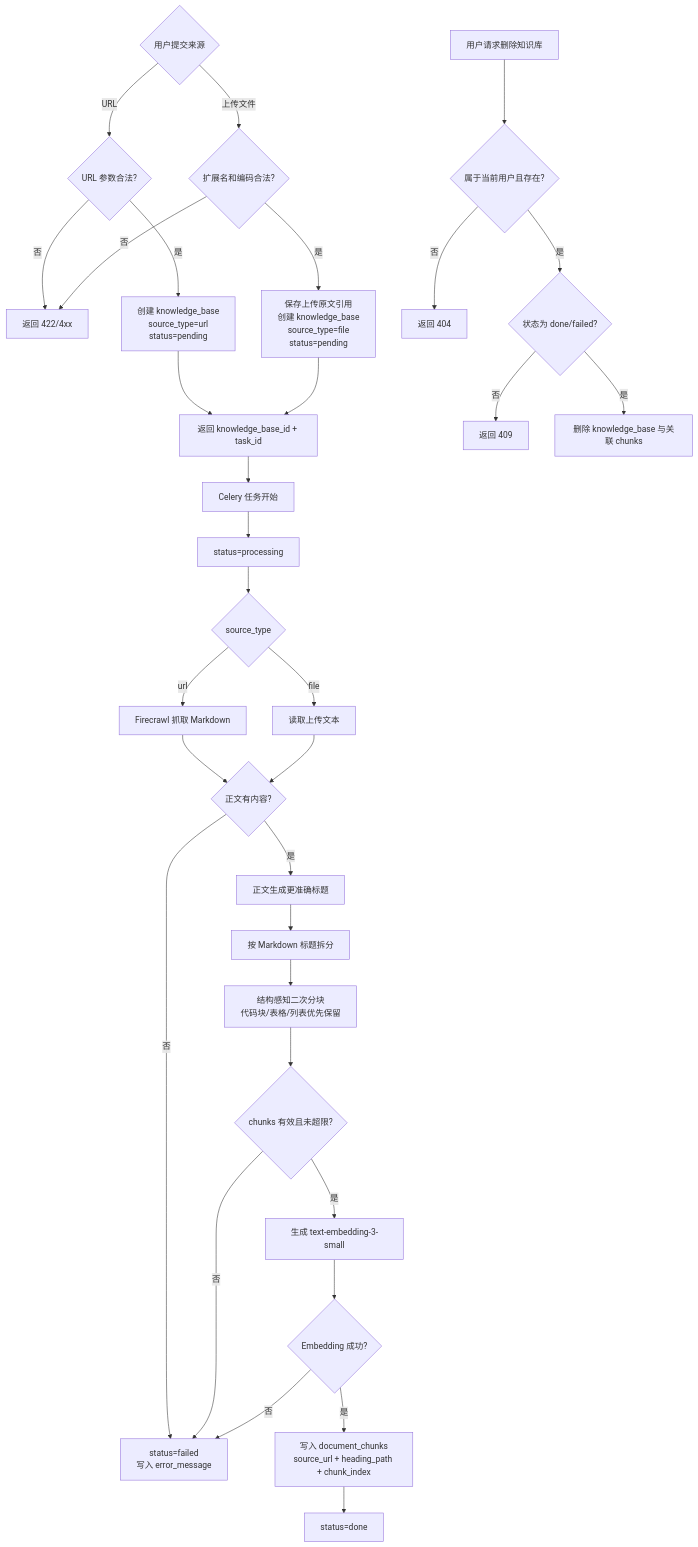
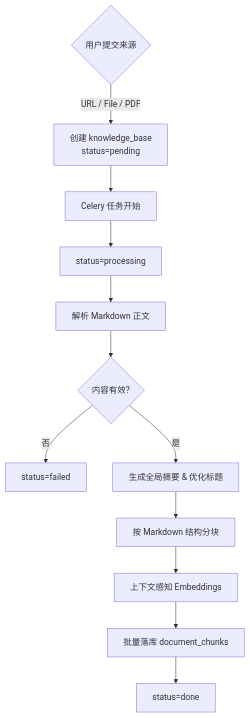
The diagram in spec/backend/knowledge-ingestion.md (ren-meng-xue/offer-copilot), drawn with Mermaid before and after one commit. The commit also changed other lines of this file and 63 other files, not shown here.

````diff
--- a/spec/backend/knowledge-ingestion.md
+++ b/spec/backend/knowledge-ingestion.md
@@ -345,36 +143,15 @@
 ```mermaid
 flowchart TD
   A{用户提交来源}
-  A -->|URL| B{URL 参数合法?}
-  A -->|上传文件| C{扩展名和编码合法?}
-  B -- 否 --> D[返回 422/4xx]
-  B -- 是 --> E[创建 knowledge_base\nsource_type=url\nstatus=pending]
-  C -- 否 --> D
-  C -- 是 --> F[保存上传原文引用\n创建 knowledge_base\nsource_type=file\nstatus=pending]
-  E --> G[返回 knowledge_base_id + task_id]
-  F --> G
-  G --> H[Celery 任务开始]
-  H --> I[status=processing]
-  I --> J{source_type}
-  J -->|url| K[Firecrawl 抓取 Markdown]
-  J -->|file| L[读取上传文本]
-  K --> M{正文有内容?}
-  L --> M
-  M -- 否 --> N[status=failed\n写入 error_message]
-  M -- 是 --> O[正文生成更准确标题]
-  O --> P[按 Markdown 标题拆分]
-  P --> Q[结构感知二次分块\n代码块/表格/列表优先保留]
-  Q --> R{chunks 有效且未超限?}
-  R -- 否 --> N
-  R -- 是 --> S[生成 text-embedding-3-small]
-  S --> T{Embedding 成功?}
-  T -- 否 --> N
-  T -- 是 --> U[写入 document_chunks\nsource_url + heading_path + chunk_index]
-  U --> V[status=done]
-
-  W[用户请求删除知识库] --> X{属于当前用户且存在?}
-  X -- 否 --> Y[返回 404]
-  X -- 是 --> Z{状态为 done/failed?}
-  Z -- 否 --> AA[返回 409]
-  Z -- 是 --> AB[删除 knowledge_base 与关联 chunks]
+  A -->|URL / File / PDF| B[创建 knowledge_base\nstatus=pending]
+  B --> C[Celery 任务开始]
+  C --> D[status=processing]
+  D --> E[解析 Markdown 正文]
+  E --> F{内容有效?}
+  F -- 否 --> G[status=failed]
+  F -- 是 --> H[生成全局摘要 & 优化标题]
+  H --> I[按 Markdown 结构分块]
+  I --> J[上下文感知 Embeddings]
+  J --> K[批量落库 document_chunks]
+  K --> L[status=done]
 ```
````
